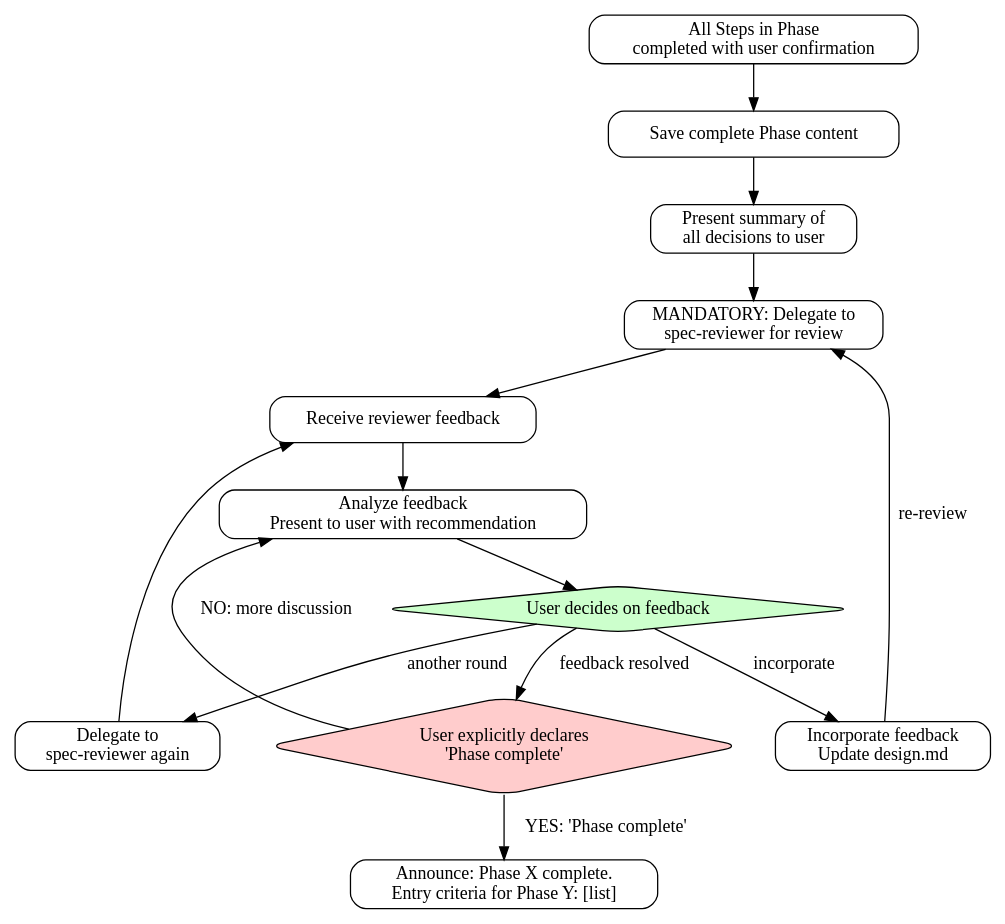
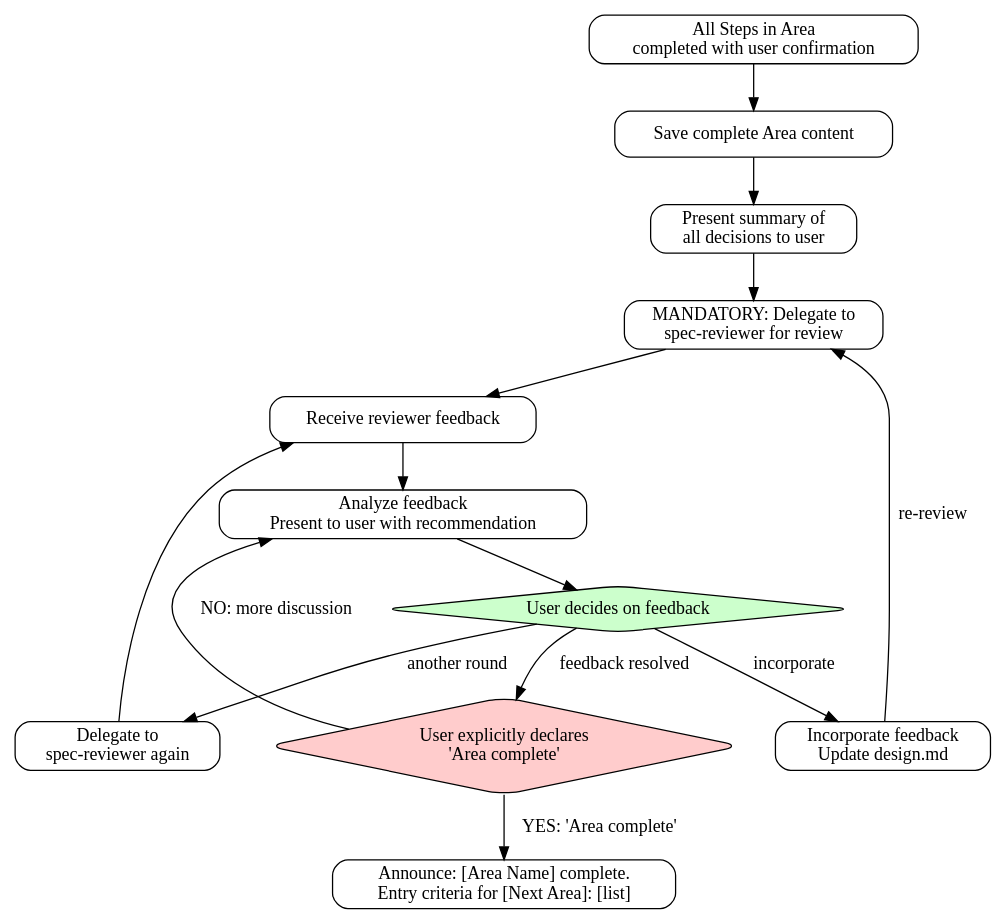
The third of 3 diagrams in skills/spec/SKILL.md (toongri/oh-my-toong-playground), drawn with Graphviz before and after one commit. The commit also changed other lines of this file and 15 other files, not shown here.

````diff
--- a/skills/spec/SKILL.md
+++ b/skills/spec/SKILL.md
@@ -525,32 +525,32 @@
 ```dot
 digraph phase_completion {
     rankdir=TB;
     node [shape=box, style=rounded];
 
-    all_steps [label="All Steps in Phase\ncompleted with user confirmation"];
-    save_phase [label="Save complete Phase content"];
+    all_steps [label="All Steps in Area\ncompleted with user confirmation"];
+    save_area [label="Save complete Area content"];
     present_summary [label="Present summary of\nall decisions to user"];
     delegate_reviewer [label="MANDATORY: Delegate to\nspec-reviewer for review"];
     receive_feedback [label="Receive reviewer feedback"];
     analyze_present [label="Analyze feedback\nPresent to user with recommendation"];
     user_decides [label="User decides on feedback", shape=diamond, style="rounded,filled", fillcolor="#ccffcc"];
     incorporate [label="Incorporate feedback\nUpdate design.md"];
     another_round [label="Delegate to\nspec-reviewer again"];
-    user_final [label="User explicitly declares\n'Phase complete'", shape=diamond, style="rounded,filled", fillcolor="#ffcccc"];
-    announce_next [label="Announce: Phase X complete.\nEntry criteria for Phase Y: [list]"];
+    user_final [label="User explicitly declares\n'Area complete'", shape=diamond, style="rounded,filled", fillcolor="#ffcccc"];
+    announce_next [label="Announce: [Area Name] complete.\nEntry criteria for [Next Area]: [list]"];
 
-    all_steps -> save_phase;
-    save_phase -> present_summary;
+    all_steps -> save_area;
+    save_area -> present_summary;
     present_summary -> delegate_reviewer;
     delegate_reviewer -> receive_feedback;
     receive_feedback -> analyze_present;
     analyze_present -> user_decides;
     user_decides -> incorporate [label="incorporate"];
     user_decides -> another_round [label="another round"];
     user_decides -> user_final [label="feedback resolved"];
     incorporate -> delegate_reviewer [label="re-review"];
     another_round -> receive_feedback;
-    user_final -> announce_next [label="YES: 'Phase complete'"];
+    user_final -> announce_next [label="YES: 'Area complete'"];
     user_final -> analyze_present [label="NO: more discussion"];
 }
 ```
````
